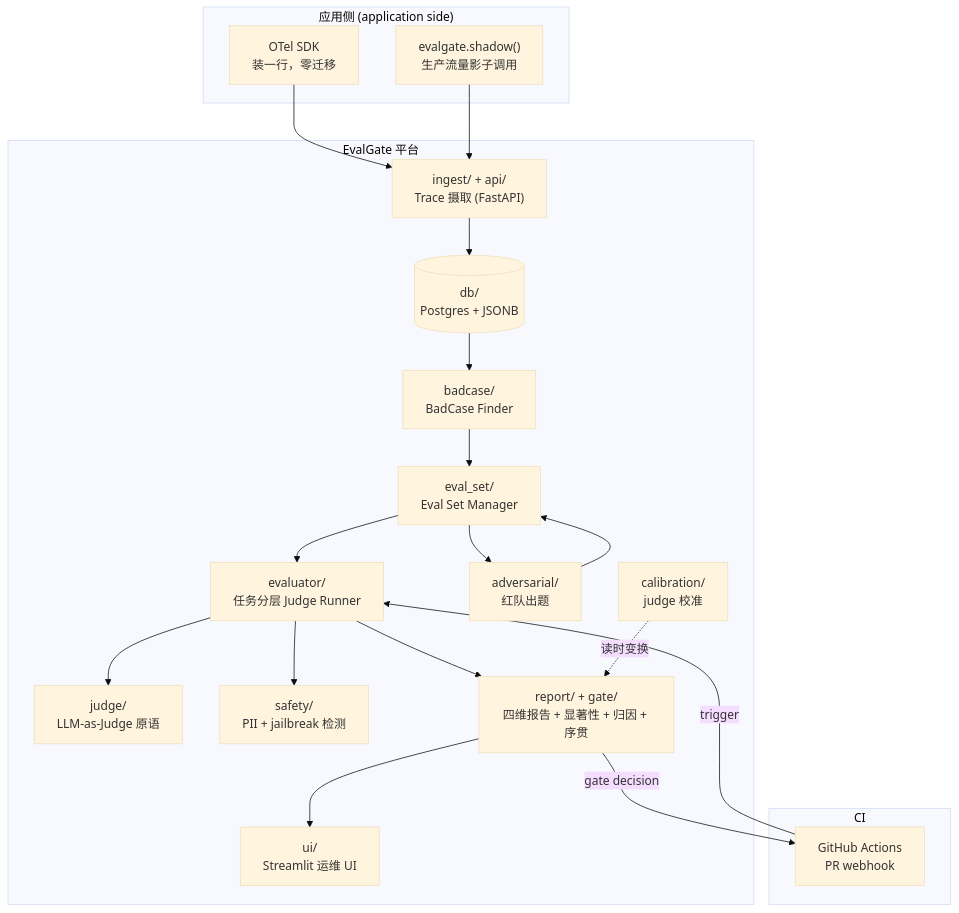
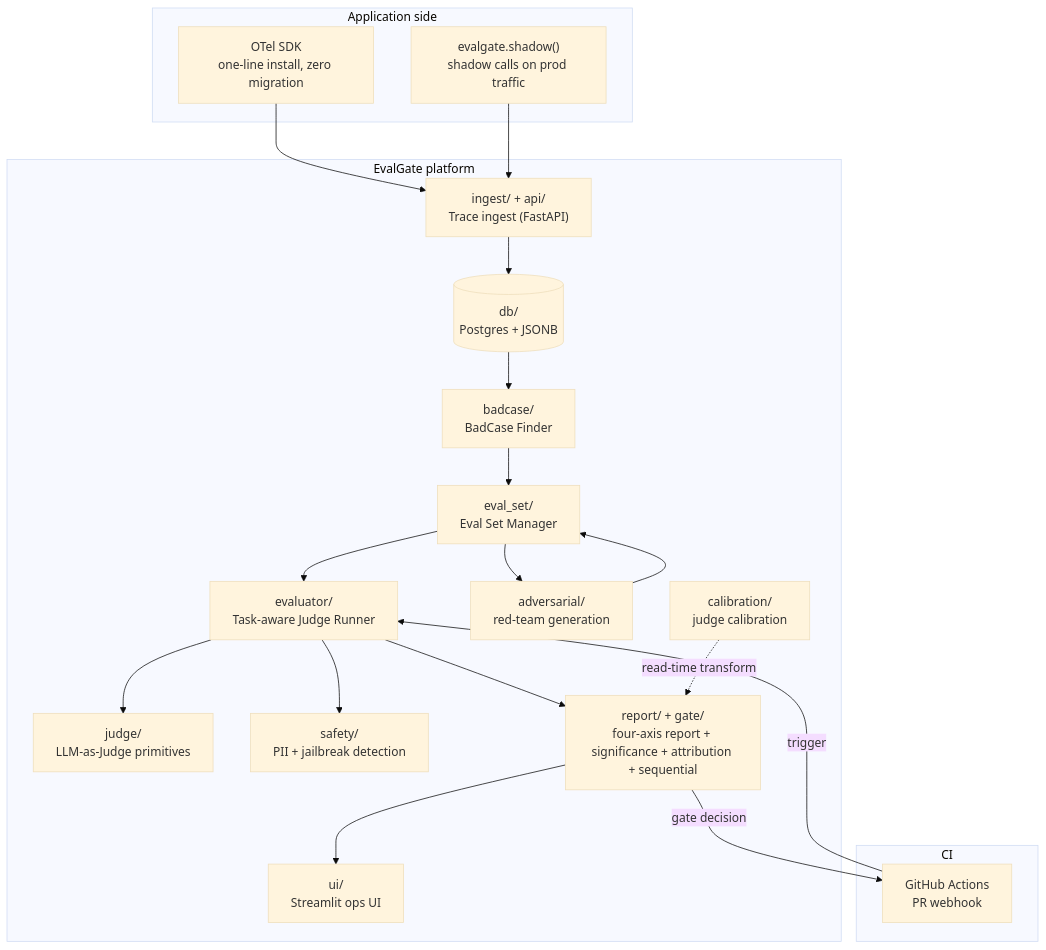
Before and after one commit to AndyUneducated/eval-gate: the third of 7 diagrams in README.md, drawn with Mermaid (base theme). The commit also changed other lines of this file and 22 other files, not shown here.

````diff
--- a/README.md
+++ b/README.md
@@ -118,37 +118,37 @@
 ```mermaid
 graph TB
-    subgraph app["应用侧 (application side)"]
-        OTEL["OTel SDK<br/>装一行，零迁移"]
-        SDK["evalgate.shadow()<br/>生产流量影子调用"]
+    subgraph app["Application side"]
+        OTEL["OTel SDK<br/>one-line install, zero migration"]
+        SDK["evalgate.shadow()<br/>shadow calls on prod traffic"]
     end
 
-    subgraph platform["EvalGate 平台"]
-        INGEST["ingest/ + api/<br/>Trace 摄取 (FastAPI)"]
+    subgraph platform["EvalGate platform"]
+        INGEST["ingest/ + api/<br/>Trace ingest (FastAPI)"]
         DB[("db/<br/>Postgres + JSONB")]
         FINDER["badcase/<br/>BadCase Finder"]
         EVALSET["eval_set/<br/>Eval Set Manager"]
-        EVALUATOR["evaluator/<br/>任务分层 Judge Runner"]
-        JUDGE["judge/<br/>LLM-as-Judge 原语"]
-        SAFETY["safety/<br/>PII + jailbreak 检测"]
-        ADV["adversarial/<br/>红队出题"]
-        CALIB["calibration/<br/>judge 校准"]
-        REPORT["report/ + gate/<br/>四维报告 + 显著性 + 归因 + 序贯"]
-        UI["ui/<br/>Streamlit 运维 UI"]
+        EVALUATOR["evaluator/<br/>Task-aware Judge Runner"]
+        JUDGE["judge/<br/>LLM-as-Judge primitives"]
+        SAFETY["safety/<br/>PII + jailbreak detection"]
+        ADV["adversarial/<br/>red-team generation"]
+        CALIB["calibration/<br/>judge calibration"]
+        REPORT["report/ + gate/<br/>four-axis report + significance + attribution + sequential"]
+        UI["ui/<br/>Streamlit ops UI"]
     end
 
     subgraph ci["CI"]
         GHA["GitHub Actions<br/>PR webhook"]
     end
 
     OTEL --> INGEST --> DB
     SDK --> INGEST
     DB --> FINDER --> EVALSET --> EVALUATOR
     EVALUATOR --> JUDGE
     EVALUATOR --> SAFETY
     EVALSET --> ADV --> EVALSET
     GHA -->|"trigger"| EVALUATOR
     EVALUATOR --> REPORT
-    CALIB -.读时变换.-> REPORT
+    CALIB -.read-time transform.-> REPORT
     REPORT --> UI
     REPORT -->|"gate decision"| GHA
 ```
````
